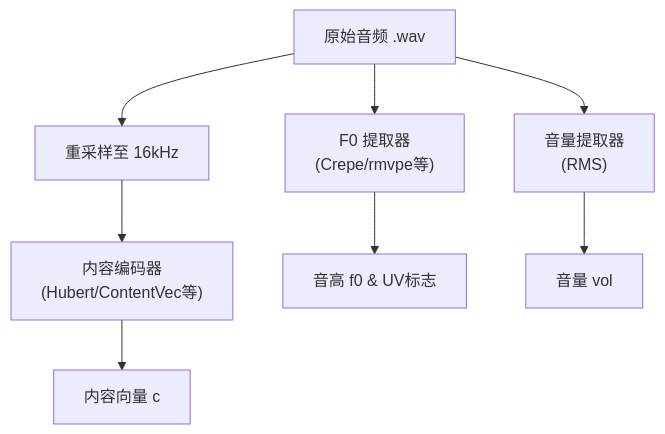
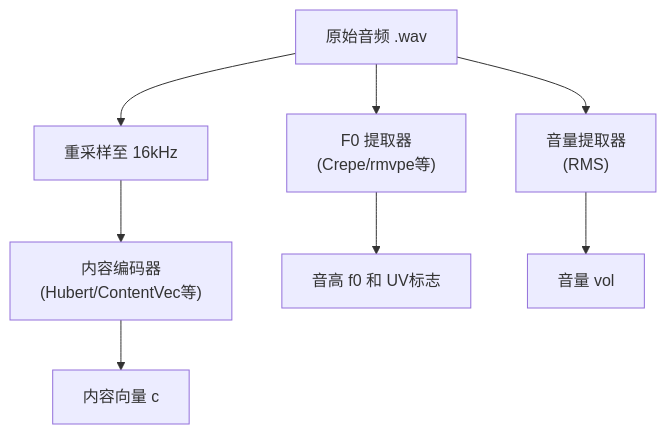
The second of 5 diagrams in So-VITS-SVC 4.1 流程图与模型详解.md (liqilun1008/sovitsvrc), drawn with Mermaid before and after one commit.

Commit message:
Update So-VITS-SVC 4.1 流程图与模型详解.md

````diff
--- a/So-VITS-SVC 4.1 流程图与模型详解.md
+++ b/So-VITS-SVC 4.1 流程图与模型详解.md
@@ -42,11 +42,11 @@
 ```mermaid
 graph TD
     A[原始音频 .wav] --> B[重采样至 16kHz];
     A --> D["F0 提取器 <br> (Crepe/rmvpe等)"];
     A --> F["音量提取器 <br> (RMS)"];
 
     B --> C["内容编码器 <br> (Hubert/ContentVec等)"];
     C --> E[内容向量 c];
-    D --> G["音高 f0 & UV标志"];
+    D --> G["音高 f0 和 UV标志"];
     F --> H[音量 vol];
 ```
````
